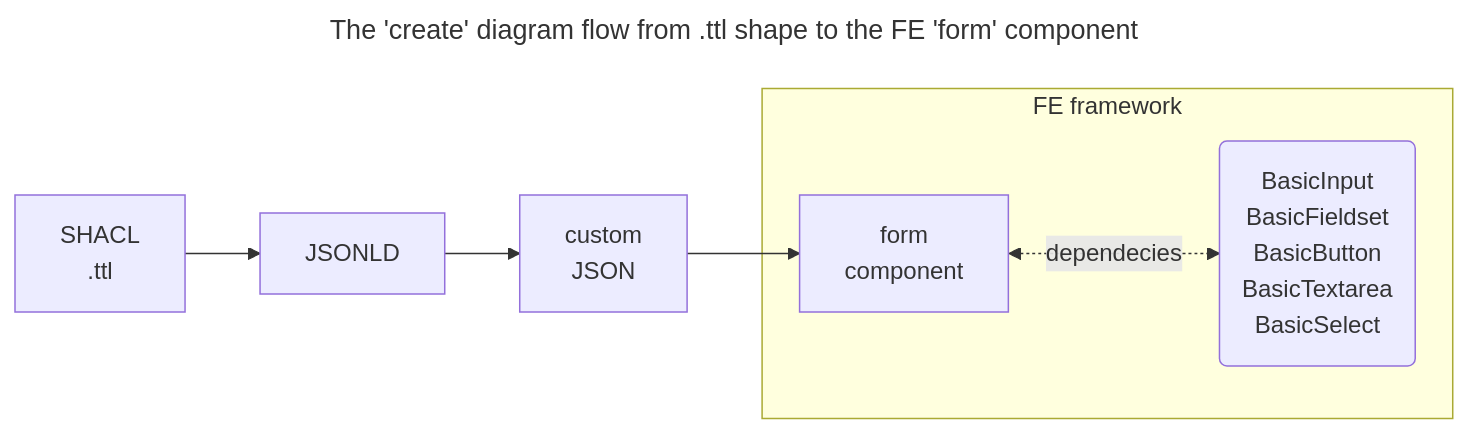
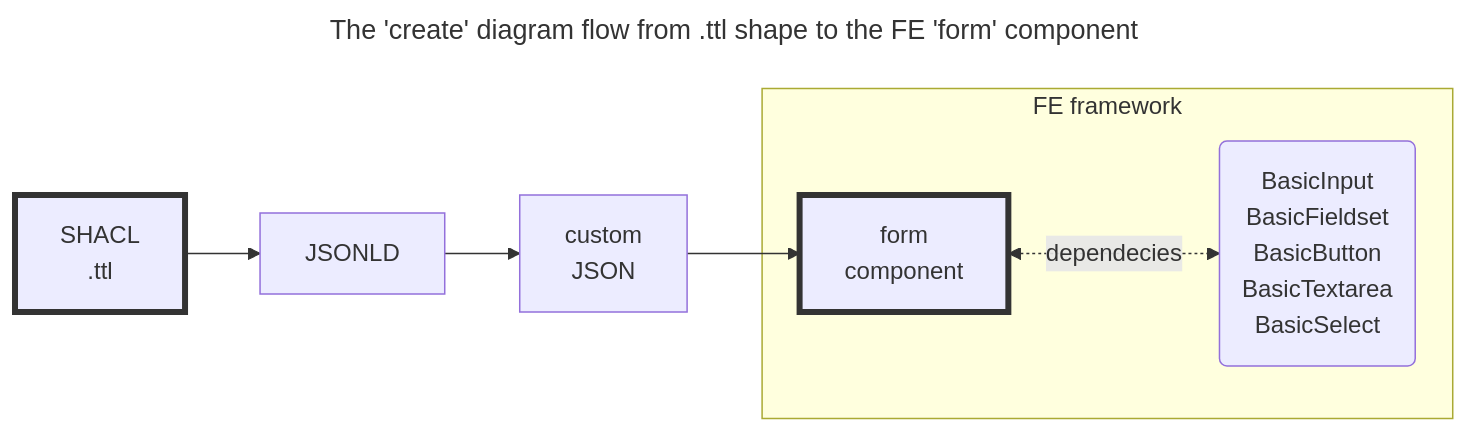
The diagram in README.md (SolidLabResearch/solid-sfef-cli), drawn with Mermaid before and after one commit.

Commit message:
readme.md > diagram

````diff
--- a/README.md
+++ b/README.md
@@ -36,17 +36,19 @@
 ```mermaid
 ---
 title: The 'create' diagram flow from .ttl shape to the FE 'form' component
 ---
 flowchart LR
     A[SHACL\n.ttl]
     B[JSONLD]
     C[custom\nJSON]
     D[form\ncomponent]
     E(BasicInput\nBasicFieldset\nBasicButton\nBasicTextarea\nBasicSelect)
     A --> B
     B --> C
     C --> D
     subgraph DE[FE framework]
         D <-. dependecies .-> E
     end
+    style A stroke:#333,stroke-width:4px
+    style D stroke:#333,stroke-width:4px
 ```
````
